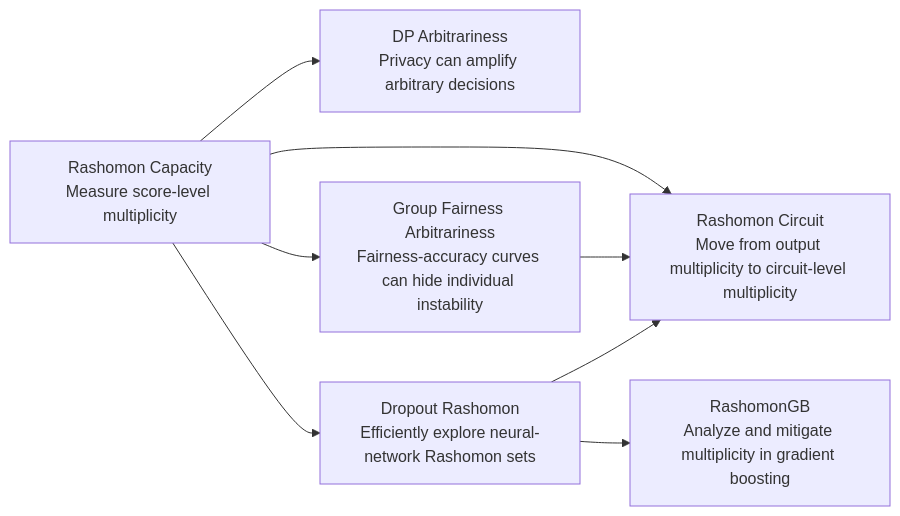
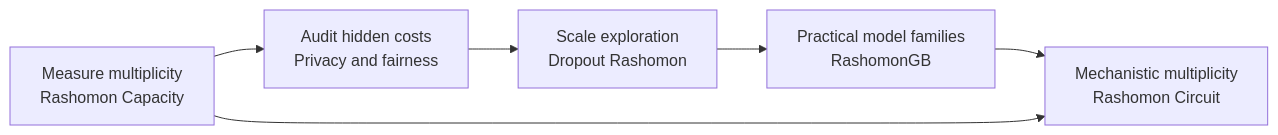
The diagram in README.md (HsiangHsu/knowledge-uncertainty), drawn with Mermaid before and after one commit. The commit also changed other lines of this file, not shown here.

````diff
--- a/README.md
+++ b/README.md
@@ -23,10 +35,8 @@
 ```mermaid
 flowchart LR
-    A[Rashomon Capacity<br/>Measure score-level multiplicity] --> B[DP Arbitrariness<br/>Privacy can amplify arbitrary decisions]
-    A --> C[Group Fairness Arbitrariness<br/>Fairness-accuracy curves can hide individual instability]
-    A --> D[Dropout Rashomon<br/>Efficiently explore neural-network Rashomon sets]
-    D --> E[RashomonGB<br/>Analyze and mitigate multiplicity in gradient boosting]
-    A --> F[Rashomon Circuit<br/>Move from output multiplicity to circuit-level multiplicity]
-    C --> F
-    D --> F
+    A[Measure multiplicity<br/>Rashomon Capacity] --> B[Audit hidden costs<br/>Privacy and fairness]
+    B --> C[Scale exploration<br/>Dropout Rashomon]
+    C --> D[Practical model families<br/>RashomonGB]
+    D --> E[Mechanistic multiplicity<br/>Rashomon Circuit]
+    A --> E
 ```
````
